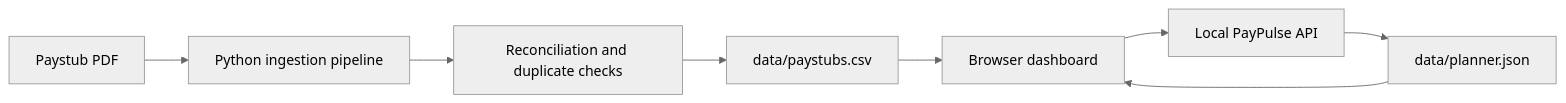
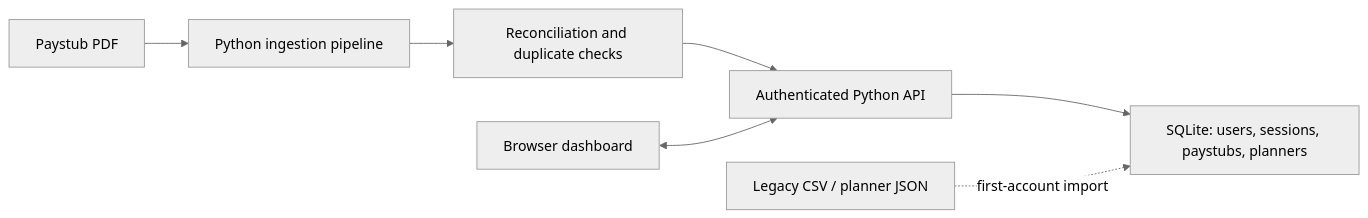
The diagram in README.md (ThePotato456/paypulse), drawn with Mermaid (neutral theme) before and after one commit. The commit also changed other lines of this file and 8 other files, not shown here.

````diff
--- a/README.md
+++ b/README.md
@@ -68,11 +69,9 @@
 ```mermaid
 flowchart LR
     PDF["Paystub PDF"] --> INGEST["Python ingestion pipeline"]
     INGEST --> CHECKS["Reconciliation and duplicate checks"]
-    CHECKS --> CSV["data/paystubs.csv"]
-    CSV --> UI["Browser dashboard"]
-
-    UI --> API["Local PayPulse API"]
-    API --> PLANNER["data/planner.json"]
-    PLANNER --> UI
+    CHECKS --> API["Authenticated Python API"]
+    UI["Browser dashboard"] <--> API
+    API --> DB["SQLite: users, sessions, paystubs, planners"]
+    LEGACY["Legacy CSV / planner JSON"] -. first-account import .-> DB
 ```
````
